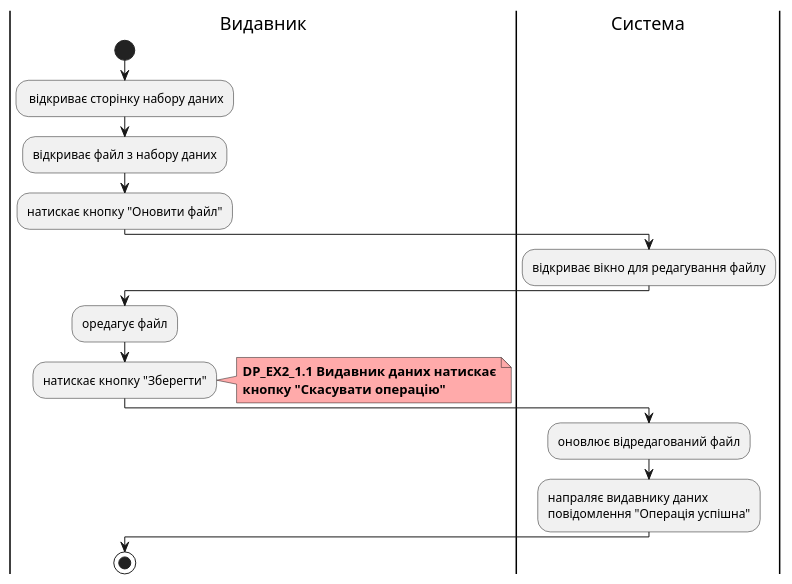
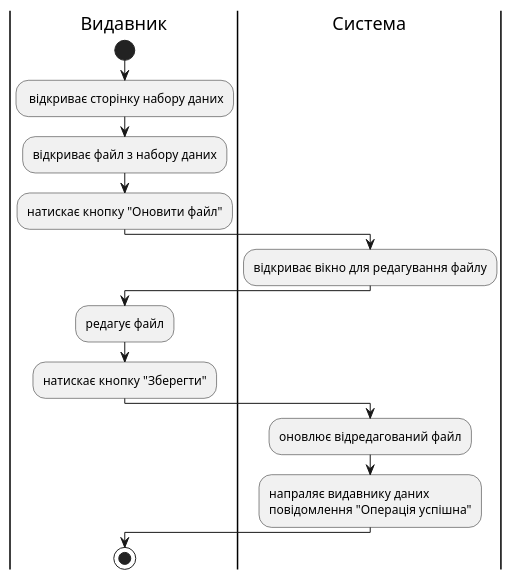
The third of 4 diagrams in docs/use cases/DataPublisher.md (boldak/edu-db-cw), drawn with PlantUML before and after one commit. The commit also changed other lines of this file and 1 other file, not shown here.

```diff
--- a/docs/use cases/DataPublisher.md
+++ b/docs/use cases/DataPublisher.md
@@ -158,24 +136,20 @@
 @startuml
 
     |Видавник|
         start
         : відкриває сторінку набору даних;
         :відкриває файл з набору даних;
         :натискає кнопку "Оновити файл";
     |Система|
         :відкриває вікно для редагування файлу;
     |Видавник|
-        :оредагує файл;
+        :редагує файл;
         :натискає кнопку "Зберегти";
-        note right #ffaaaa
-        <b>DP_EX2_1.1 Видавник даних натискає
-        <b>кнопку "Скасувати операцію" 
-        end note
     |Система|
         :оновлює відредагований файл;
         :напраляє видавнику даних
         повідомлення "Операція успішна";
     |Видавник|
         stop;
 
 @enduml
```
